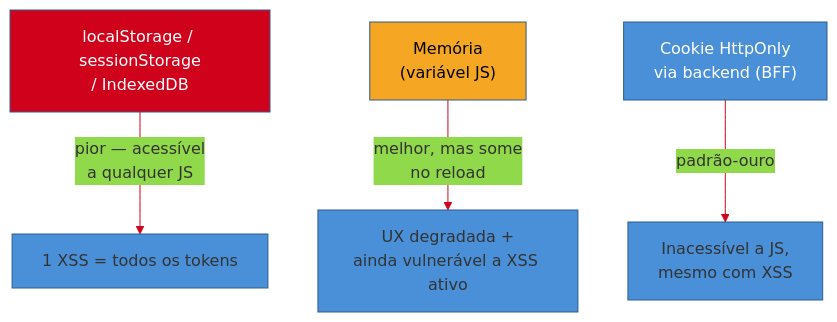
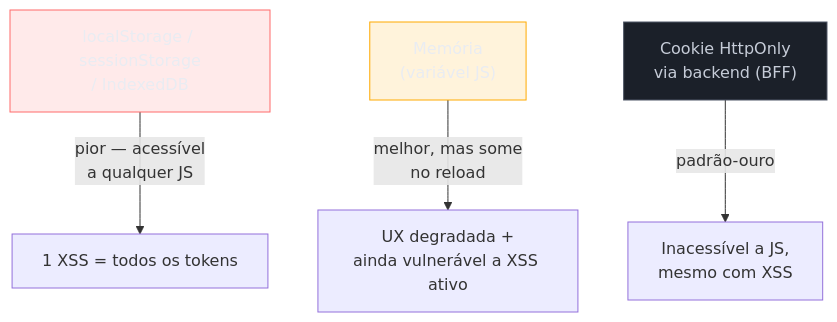
One commit to josenaldo/codex-technomanticus changed the third of 4 diagrams in 03-Dominios/Engenharia/Auth e Identidade/2 - OAuth 2.1 e OpenID Connect/05 - Tokens em produção.md. Above: the diagram before and after it, drawn with Mermaid. The commit also changed other lines of this file and 1181 other files, not shown here.

First line of the commit message:
fix(diagramas): paleta do sistema no lugar de cor cravada no markdown

````diff
--- a/03-Dominios/Engenharia/Auth e Identidade/2 - OAuth 2.1 e OpenID Connect/05 - Tokens em produção.md
+++ b/03-Dominios/Engenharia/Auth e Identidade/2 - OAuth 2.1 e OpenID Connect/05 - Tokens em produção.md
@@ -198,11 +198,13 @@
 ```mermaid
-%%{init: {"theme": "base", "themeVariables": {"primaryColor": "#4A90D9", "primaryBorderColor": "#2E5C8A", "lineColor": "#D0021B"}}}%%
 graph TD
+    classDef falha fill:#FF6B6B24,stroke:#FF6B6B,color:#E9ECF2
+    classDef destaque fill:#FFAA0024,stroke:#FFAA00,color:#E9ECF2
+    classDef neutro fill:#1B2029,stroke:#4E5666,color:#C6CCD8
     A["localStorage / sessionStorage<br/>/ IndexedDB"] -->|"pior — acessível<br/>a qualquer JS"| A1["1 XSS = todos os tokens"]
     B["Memória<br/>(variável JS)"] -->|"melhor, mas some<br/>no reload"| B1["UX degradada +<br/>ainda vulnerável a XSS ativo"]
     C["Cookie HttpOnly<br/>via backend (BFF)"] -->|"padrão-ouro"| C1["Inacessível a JS,<br/>mesmo com XSS"]
 
-    style A fill:#D0021B,color:#fff
-    style B fill:#F5A623,color:#000
-    style C fill:#4A90D9,color:#fff
+    class A falha
+    class B destaque
+    class C neutro
 ```
````
